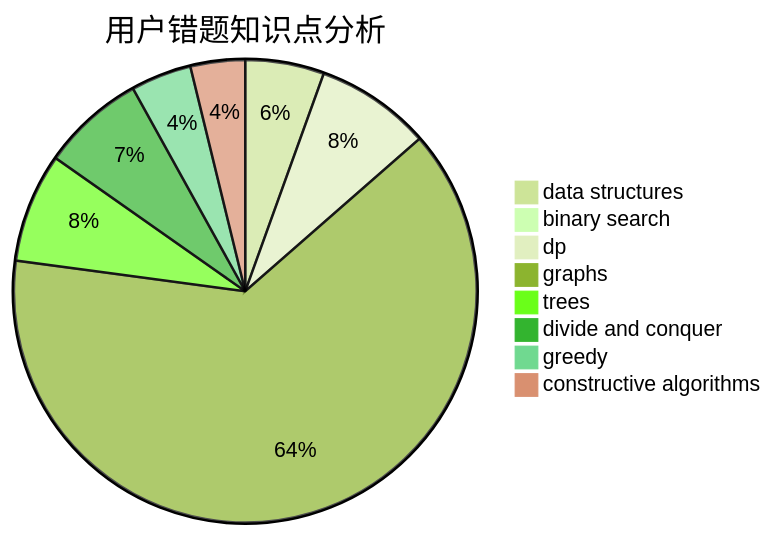
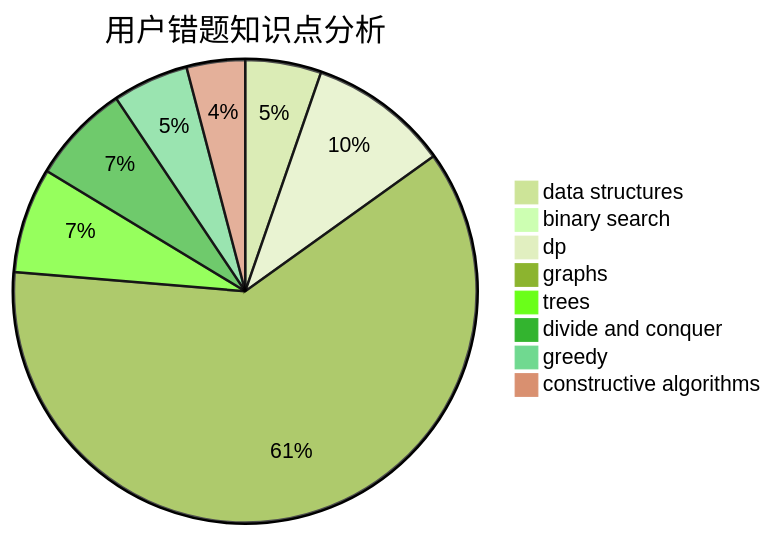
One commit to sherpahu/cfrs.github.io changed the third of 3 diagrams in docs/user/u2272.md. Above: the diagram before and after it, drawn with Mermaid (forest theme). The commit also changed other lines of this file and 2770 other files, not shown here.

````diff
--- a/docs/user/u2272.md
+++ b/docs/user/u2272.md
@@ -36,11 +36,11 @@
 ```mermaid
 pie title 用户错题知识点分析
     "data structures" :  13
     "binary search" :  0
-    "dp" :  19
+    "dp" :  24
     "graphs" :  150
     "trees" :  18
     "divide and conquer" :  17
-    "greedy" :  10
-    "constructive algorithms" :  9
+    "greedy" :  13
+    "constructive algorithms" :  10
 ```
````
